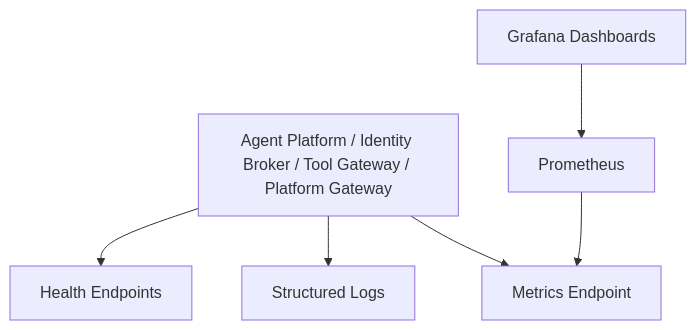
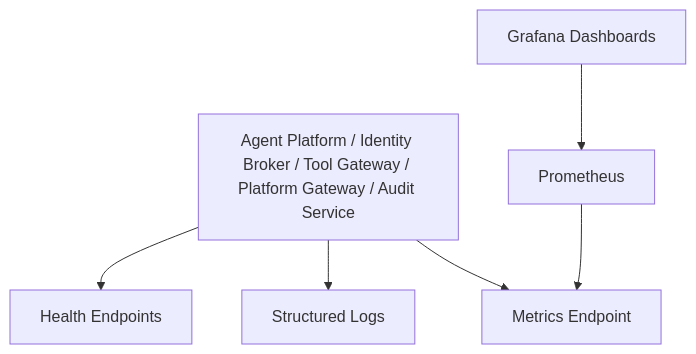
One commit to metasync/luban-aiops changed the eighth of 9 diagrams in .qoder/repowiki/en/content/Deployment and Operations/Deployment and Operations.md. Above: the diagram before and after it, drawn with Mermaid. The commit also changed other lines of this file and 48 other files, not shown here.

First line of the commit message:
docs: refresh repowiki knowledge cache for audit-service product

````diff
--- a/.qoder/repowiki/en/content/Deployment and Operations/Deployment and Operations.md
+++ b/.qoder/repowiki/en/content/Deployment and Operations/Deployment and Operations.md
@@ -402,14 +492,14 @@
 ```mermaid
 graph TB
-Services["Agent Platform / Identity Broker / Tool Gateway / Platform Gateway"]
+Services["Agent Platform / Identity Broker / Tool Gateway / Platform Gateway / Audit Service"]
 Metrics["Metrics Endpoint"]
 Logs["Structured Logs"]
 Health["Health Endpoints"]
 Prometheus["Prometheus"]
 Grafana["Grafana Dashboards"]
 Services --> Metrics
 Services --> Logs
 Services --> Health
 Prometheus --> Metrics
 Grafana --> Prometheus
 ```
````
